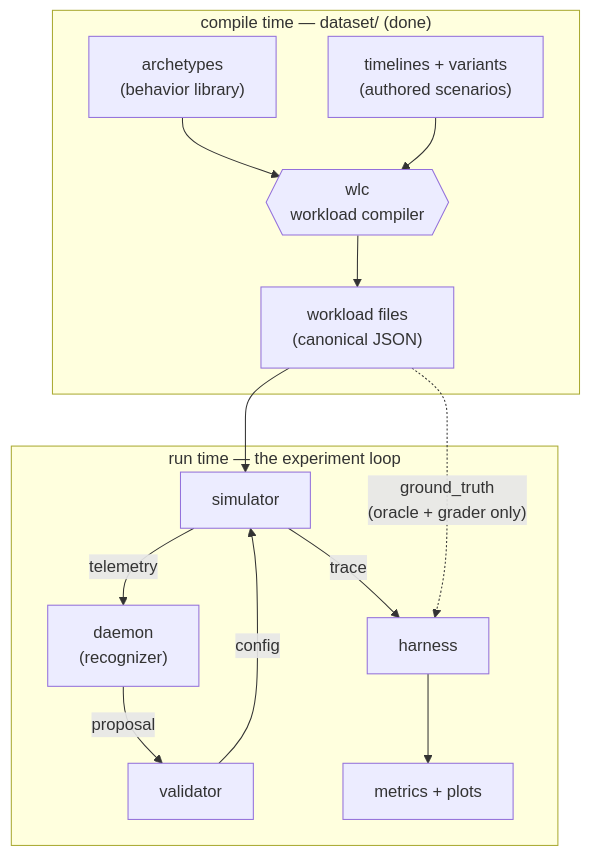
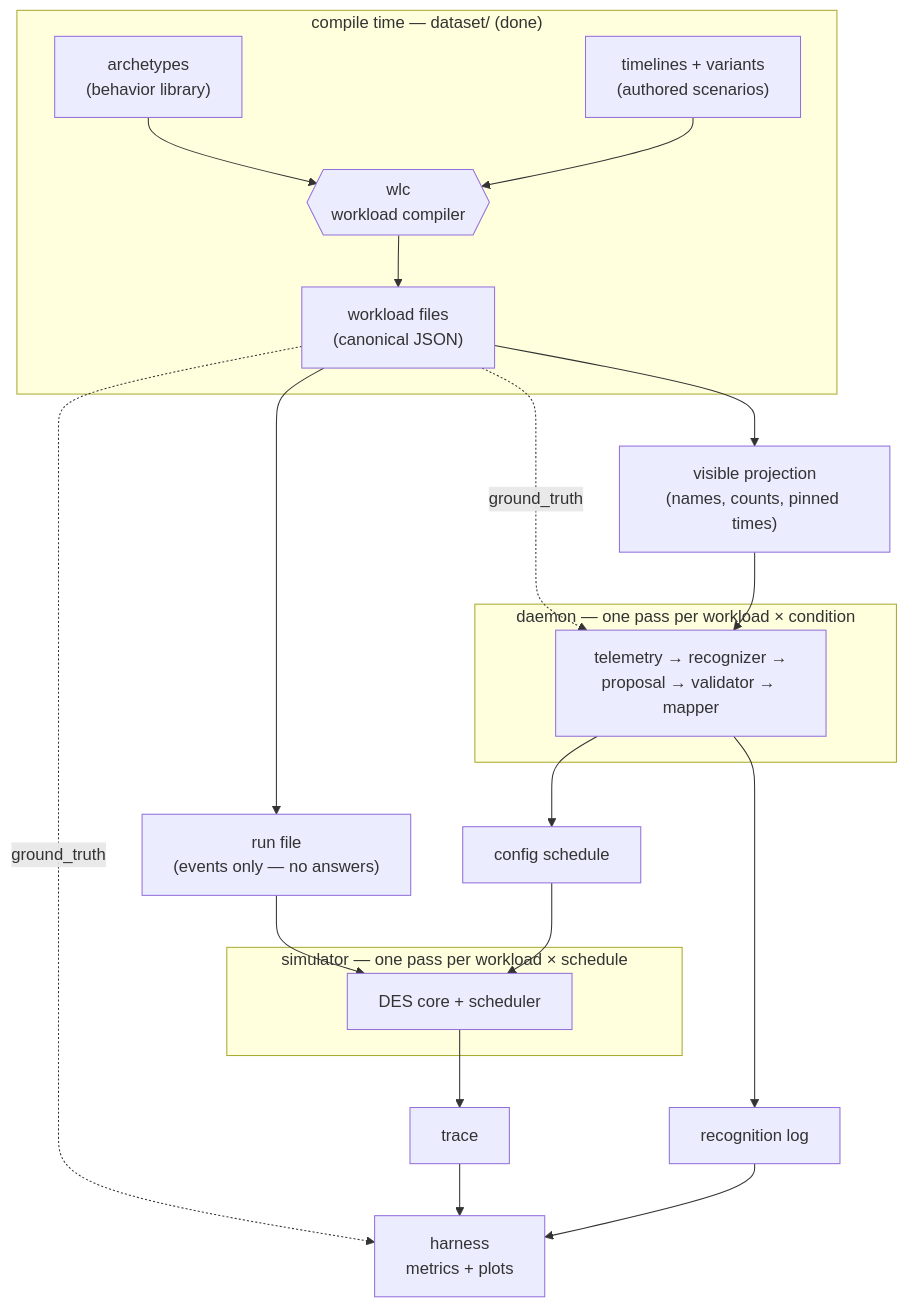
One commit to logis11/LLM_driven_shceduling changed the diagram in docs/data-contracts.md. Above: the diagram before and after it, drawn with Mermaid. The commit also changed other lines of this file and 4 other files, not shown here.

First line of the commit message:
docs(phase-2): correct offline framing — config schedule in, no runtime loop; daemon guide

````diff
--- a/docs/data-contracts.md
+++ b/docs/data-contracts.md
@@ -12,19 +14,30 @@
 ```mermaid
 flowchart TB
     subgraph COMPILE ["compile time — dataset/ (done)"]
         A["archetypes<br/>(behavior library)"] --> W{{"wlc<br/>workload compiler"}}
         T["timelines + variants<br/>(authored scenarios)"] --> W
         W --> K["workload files<br/>(canonical JSON)"]
     end
 
-    subgraph RUN ["run time — the experiment loop"]
-        K --> S["simulator"]
-        S -- "telemetry" --> D["daemon<br/>(recognizer)"]
-        D -- "proposal" --> V["validator"]
-        V -- "config" --> S
-        S -- "trace" --> H["harness"]
-        H --> M["metrics + plots"]
+    K --> RF["run file<br/>(events only — no answers)"]
+    K --> VP["visible projection<br/>(names, counts, pinned times)"]
+    K -. "ground_truth" .-> D
+    K -. "ground_truth" .-> H
+
+    subgraph DAEMON ["daemon — one pass per workload × condition"]
+        D["telemetry → recognizer →<br/>proposal → validator → mapper"]
     end
+    VP --> D
+    D --> CS["config schedule"]
+    D --> RL["recognition log"]
 
-    K -. "ground_truth<br/>(oracle + grader only)" .-> H
+    subgraph SIM ["simulator — one pass per workload × schedule"]
+        S["DES core + scheduler"]
+    end
+    RF --> S
+    CS --> S
+    S --> TR["trace"]
+
+    TR --> H["harness<br/>metrics + plots"]
+    RL --> H
 ```
````
